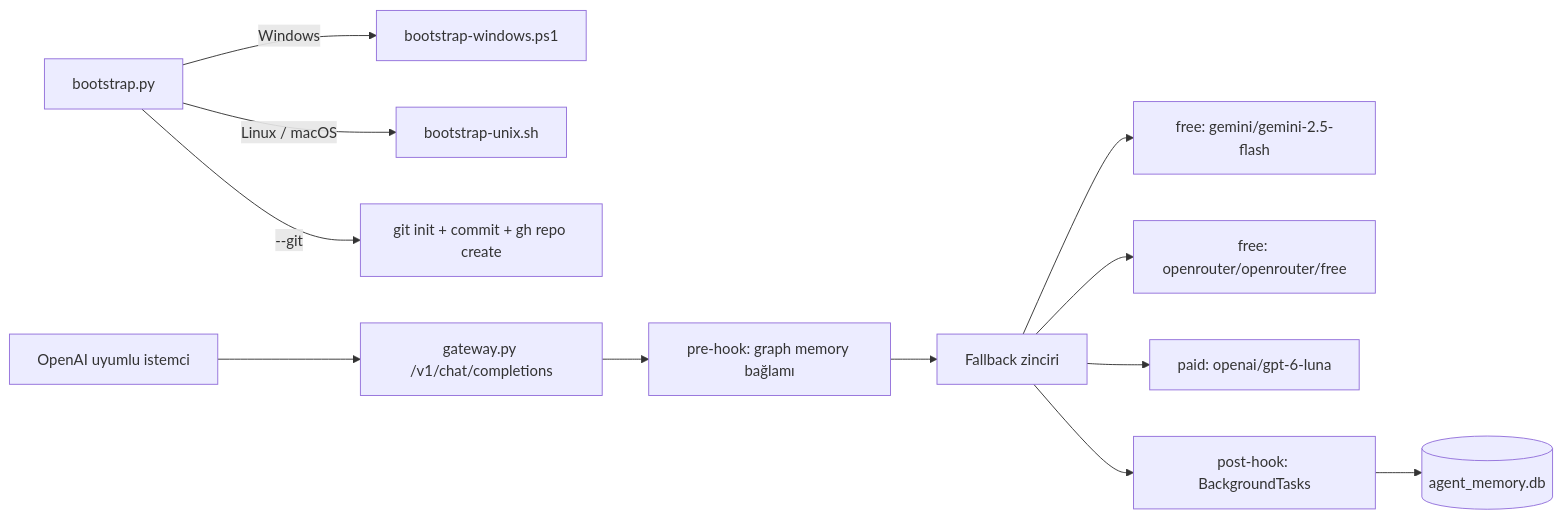
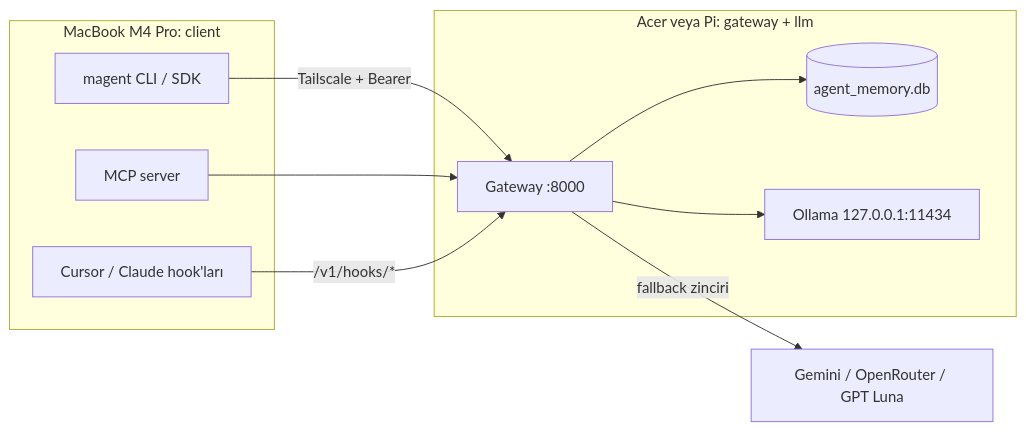
One commit to galaxous/middle-agentic changed the diagram in README.md. Above: the diagram before and after it, drawn with Mermaid. The commit also changed other lines of this file and 50 other files, not shown here.

First line of the commit message:
feat: unified middle-agent node (gateway, local LLM, client roles)

````diff
--- a/README.md
+++ b/README.md
@@ -13,14 +15,20 @@
 ```mermaid
 flowchart LR
-    bootstrapPy["bootstrap.py"] -->|Windows| winPs["bootstrap-windows.ps1"]
-    bootstrapPy -->|"Linux / macOS"| unixSh["bootstrap-unix.sh"]
-    bootstrapPy -->|"--git"| gitStep["git init + commit + gh repo create"]
-    client["OpenAI uyumlu istemci"] --> gateway["gateway.py /v1/chat/completions"]
-    gateway --> preHook["pre-hook: graph memory bağlamı"]
-    preHook --> chain["Fallback zinciri"]
-    chain --> gemini["free: gemini/gemini-2.5-flash"]
-    chain --> orFree["free: openrouter/openrouter/free"]
-    chain --> luna["paid: openai/gpt-6-luna"]
-    chain --> postHook["post-hook: BackgroundTasks"]
-    postHook --> db[("agent_memory.db")]
+    subgraph macbook [MacBook M4 Pro: client]
+        cli["magent CLI / SDK"]
+        mcp["MCP server"]
+        hooks["Cursor / Claude hook'ları"]
+    end
+    subgraph acer [Acer veya Pi: gateway + llm]
+        gw["Gateway :8000"]
+        mem[("agent_memory.db")]
+        ollama["Ollama 127.0.0.1:11434"]
+    end
+    cloud["Gemini / OpenRouter / GPT Luna"]
+    cli -->|"Tailscale + Bearer"| gw
+    mcp --> gw
+    hooks -->|"/v1/hooks/*"| gw
+    gw --> mem
+    gw -->|"fallback zinciri"| cloud
+    gw --> ollama
 ```
````
